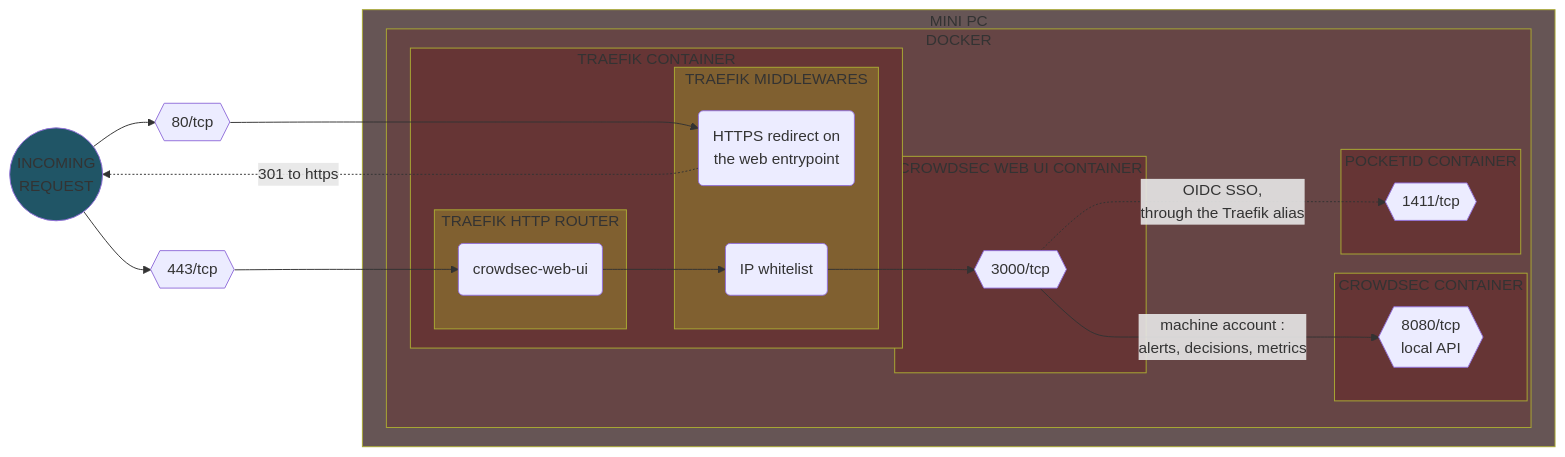
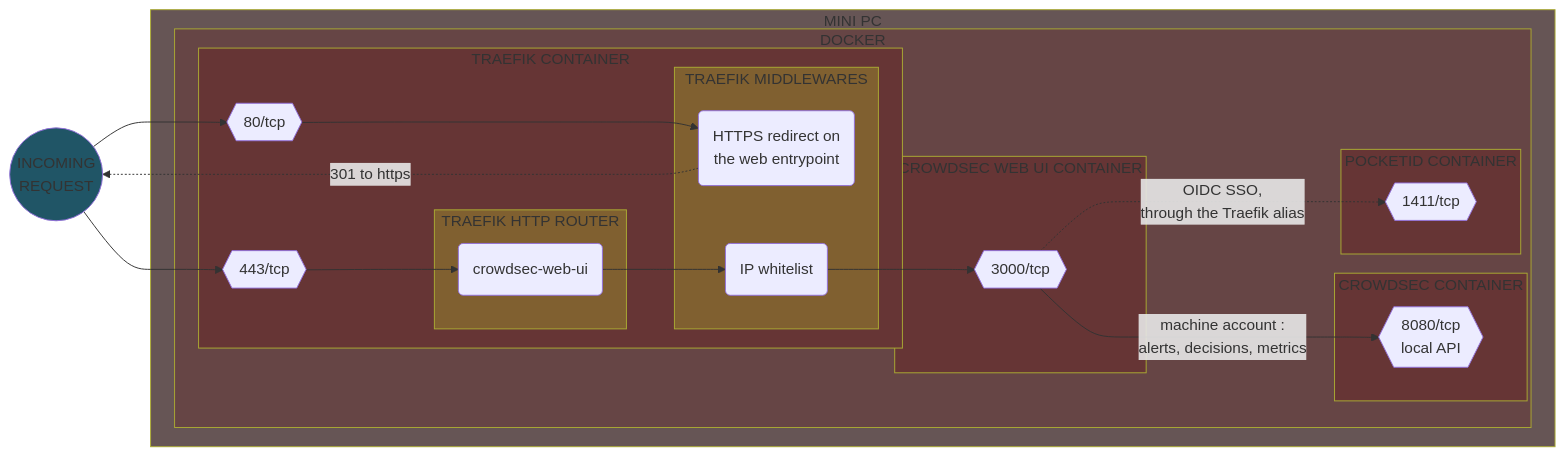
Before and after one commit to Yann39/self-hosted-n100: diagram 13 of 31 in README.md, drawn with Mermaid. The commit also changed other lines of this file and 1 other file, not shown here.

Commit message:
fixed ccteam network name * fixed diagrams in readme

````diff
--- a/README.md
+++ b/README.md
@@ -3401,58 +3407,61 @@
 ```mermaid
 flowchart LR
     style INCOMING_REQUEST fill: #205566
     style TRAEFIK_CONTAINER fill: #663535
     style APP_CONTAINER fill: #663535
     style CROWDSEC_CONTAINER fill: #663535
     style POCKETID_CONTAINER fill: #663535
     style TRAEFIK_ROUTER fill: #806030
     style TRAEFIK_MIDDLEWARE fill: #806030
     style SERVER_DEVICE fill: #665555
     style CONTAINER_ENGINE fill: #664545
     DOCKER_TRAEFIK_PORT443{{443/tcp}}
     DOCKER_TRAEFIK_PORT80{{80/tcp}}
     DOCKER_APP_PORT{{3000/tcp}}
     DOCKER_CROWDSEC_PORT{{8080/tcp\nlocal API}}
     DOCKER_POCKETID_PORT{{1411/tcp}}
     TRAEFIK_ROUTER_APP(crowdsec-web-ui)
     TRAEFIK_MIDDLEWARE_REDIRECT(HTTPS redirect on<br>the web entrypoint)
     TRAEFIK_MIDDLEWARE_IP_WHITELIST(IP whitelist)
     INCOMING_REQUEST((INCOMING\nREQUEST))
 
     subgraph SERVER_DEVICE[MINI PC]
         subgraph CONTAINER_ENGINE[DOCKER]
             subgraph TRAEFIK_CONTAINER[TRAEFIK CONTAINER]
+                DOCKER_TRAEFIK_PORT443
+                DOCKER_TRAEFIK_PORT80
+                
                 subgraph TRAEFIK_ROUTER[TRAEFIK HTTP ROUTER]
                     TRAEFIK_ROUTER_APP
                 end
 
                 subgraph TRAEFIK_MIDDLEWARE[TRAEFIK MIDDLEWARES]
                     TRAEFIK_MIDDLEWARE_REDIRECT
                     TRAEFIK_MIDDLEWARE_IP_WHITELIST
                 end
             end
 
             subgraph APP_CONTAINER[CROWDSEC WEB UI CONTAINER]
                 DOCKER_APP_PORT
             end
 
             subgraph CROWDSEC_CONTAINER[CROWDSEC CONTAINER]
                 DOCKER_CROWDSEC_PORT
             end
 
             subgraph POCKETID_CONTAINER[POCKETID CONTAINER]
                 DOCKER_POCKETID_PORT
             end
         end
     end
 
     INCOMING_REQUEST --> DOCKER_TRAEFIK_PORT443
     INCOMING_REQUEST --> DOCKER_TRAEFIK_PORT80
     DOCKER_TRAEFIK_PORT80 ---> TRAEFIK_MIDDLEWARE_REDIRECT
     TRAEFIK_MIDDLEWARE_REDIRECT -.->|301 to https| INCOMING_REQUEST
     DOCKER_TRAEFIK_PORT443 --> TRAEFIK_ROUTER_APP
     TRAEFIK_ROUTER_APP --> TRAEFIK_MIDDLEWARE_IP_WHITELIST
     TRAEFIK_MIDDLEWARE_IP_WHITELIST --> DOCKER_APP_PORT
     DOCKER_APP_PORT --->|machine account :<br>alerts, decisions, metrics| DOCKER_CROWDSEC_PORT
     DOCKER_APP_PORT -..->|OIDC SSO,<br>through the Traefik alias| DOCKER_POCKETID_PORT
 ```
````
